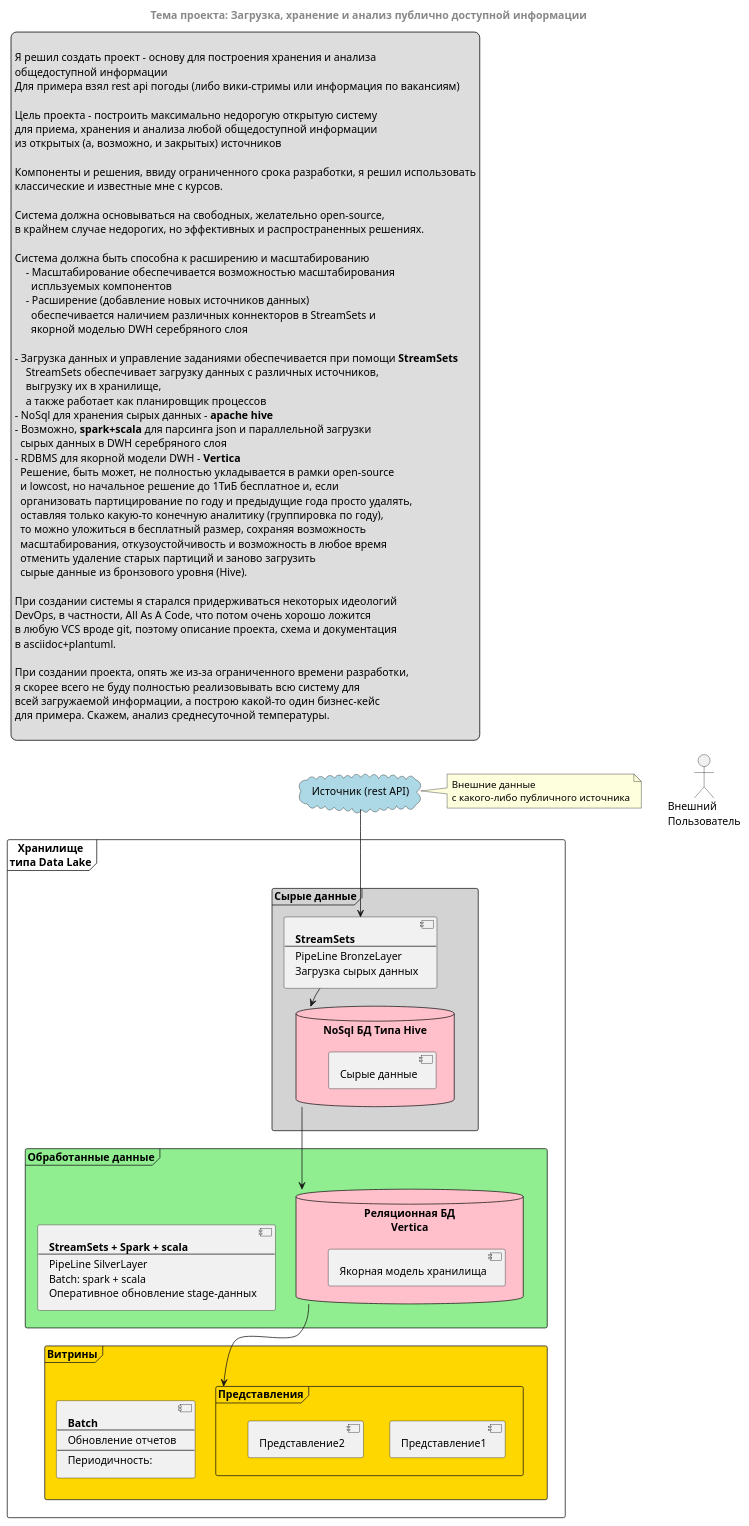
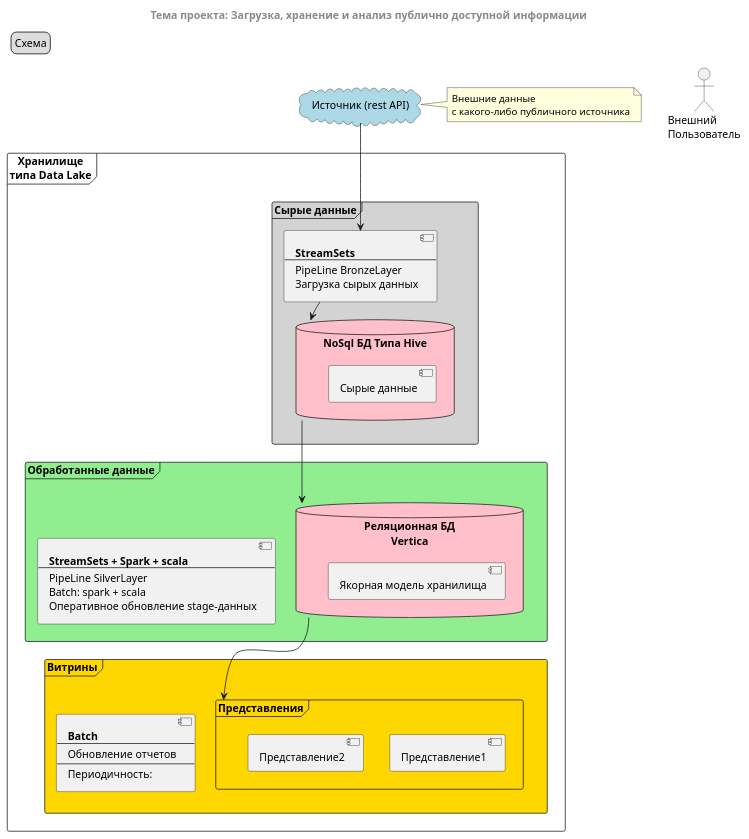
One commit to tol2000/dataengineerclub changed the diagram in project/schema.plantuml. Above: the diagram before and after it, drawn with PlantUML. The commit also changed 2 other files, not shown here.

```diff
--- a/project/schema.plantuml
+++ b/project/schema.plantuml
@@ -1,131 +1,83 @@
 @startuml Схема процесса
 
 skinparam ComponentStyle uml2
 
 ' left to right direction
 ' top to bottom direction
 
 centerheader
 = Тема проекта: Загрузка, хранение и анализ публично доступной информации
 endheader
 
 legend top left
-
-    Я решил создать проект - основу для построения хранения и анализа
-    общедоступной информации
-    Для примера взял rest api погоды (либо вики-стримы или информация по вакансиям)
-
-    Цель проекта - построить максимально недорогую открытую систему
-    для приема, хранения и анализа любой общедоступной информации
-    из открытых (а, возможно, и закрытых) источников
-
-    Компоненты и решения, ввиду ограниченного срока разработки, я решил использовать
-    классические и известные мне с курсов.
-
-    Система должна основываться на свободных, желательно open-source,
-    в крайнем случае недорогих, но эффективных и распространенных решениях.
-
-    Система должна быть способна к расширению и масштабированию
-        - Масштабирование обеспечивается возможностью масштабирования
-          испльзуемых компонентов
-        - Расширение (добавление новых источников данных)
-          обеспечивается наличием различных коннекторов в StreamSets и
-          якорной моделью DWH серебряного слоя
-
-    - Загрузка данных и управление заданиями обеспечивается при помощи **StreamSets**
-        StreamSets обеспечивает загрузку данных с различных источников,
-        выгрузку их в хранилище,
-        а также работает как планировщик процессов
-    - NoSql для хранения сырых данных - **apache hive**
-    - Возможно, **spark+scala** для парсинга json и параллельной загрузки
-      сырых данных в DWH серебряного слоя
-    - RDBMS для якорной модели DWH - **Vertica**
-      Решение, быть может, не полностью укладывается в рамки open-source
-      и lowcost, но начальное решение до 1ТиБ бесплатное и, если
-      организовать партицирование по году и предыдущие года просто удалять,
-      оставляя только какую-то конечную аналитику (группировка по году),
-      то можно уложиться в бесплатный размер, сохраняя возможность
-      масштабирования, откузоустойчивость и возможность в любое время
-      отменить удаление старых партиций и заново загрузить
-      сырые данные из бронзового уровня (Hive).
-
-    При создании системы я старался придерживаться некоторых идеологий
-    DevOps, в частности, All As A Code, что потом очень хорошо ложится
-    в любую VCS вроде git, поэтому описание проекта, схема и документация
-    в asciidoc+plantuml.
-
-    При создании проекта, опять же из-за ограниченного времени разработки,
-    я скорее всего не буду полностью реализовывать всю систему для
-    всей загружаемой информации, а построю какой-то один бизнес-кейс
-    для примера. Скажем, анализ среднесуточной температуры.
-
+  Схема
 endlegend
 
 cloud "Источник (rest API)" as cloud_source #LightBlue {
 }
 
 note right of cloud_source
     Внешние данные
     с какого-либо публичного источника
 end note
 
 Actor "Внешний\nПользователь" as extuser
 
 frame "Хранилище\nтипа Data Lake" as frame_dlstor {
 
     frame "Витрины" as frame_dlstor_dm #Gold {
         frame "Представления" as views_dm {
             component report_1 [
                 Представление1
             ]
             component report_2 [
                 Представление2
             ]
         }
         component batch_dm_refresh [
             **Batch**
             ----
             Обновление отчетов
             ----
             Периодичность: 
         ]
     }
 
     frame "Обработанные данные" as frame_dlstor_stage #LightGreen {
         database "Реляционная БД\n**Vertica**" as db_stage #Pink {
             component anchor_model_dwh [
                 Якорная модель хранилища
             ]
         }
         component batch_stage_refresh [
             **StreamSets + Spark + scala**
             ----
             PipeLine SilverLayer
             Batch: spark + scala
             Оперативное обновление stage-данных
         ]
     }
 
     frame "Сырые данные" as frame_dlstor_raw #LightGray {
         database "NoSql БД Типа Hive" as db_raw #Pink {
             component raw_data [
                 Сырые данные
             ]
         }
         component batch_raw_load [
             **StreamSets**
             ----
             PipeLine BronzeLayer
             Загрузка сырых данных
         ]
     }
 
     cloud_source --> batch_raw_load
     batch_raw_load --> db_raw
 
     db_raw --> db_stage
 
     db_stage --> views_dm
 
 }
 @enduml
```
